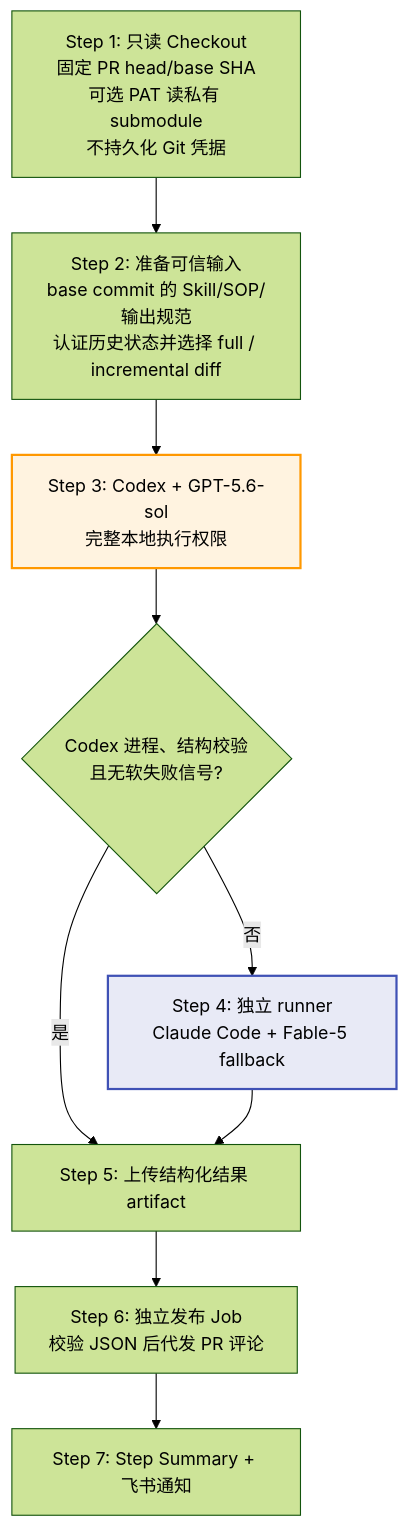
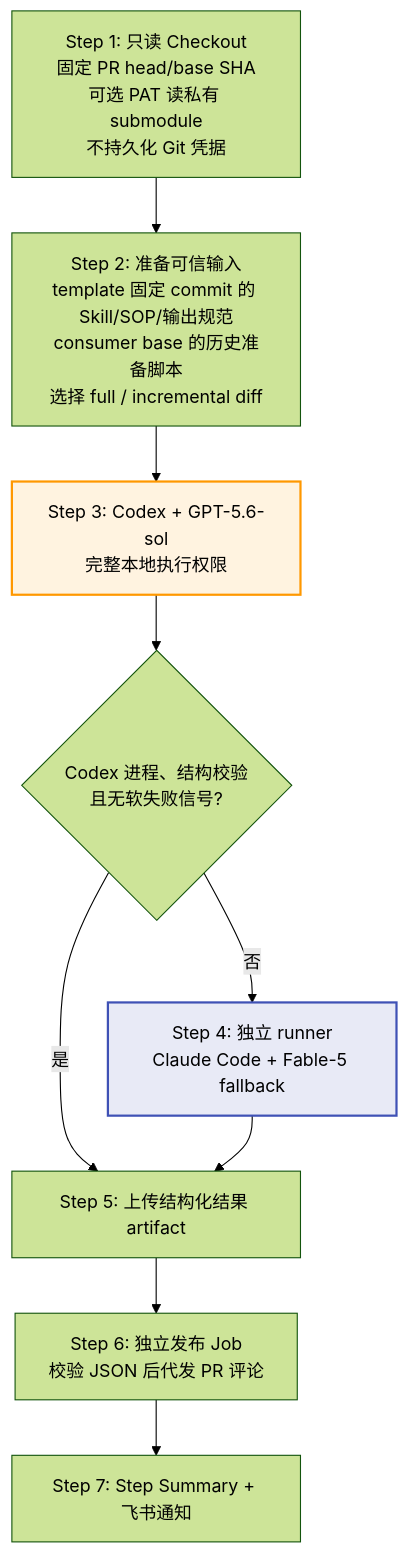
One commit to Lightspeed-Intelligence/agentic-workflow-template changed the fourth of 13 diagrams in docs/code-review-design.md. Above: the diagram before and after it, drawn with Mermaid (forest theme). The commit also changed other lines of this file and 5 other files, not shown here.

````diff
--- a/docs/code-review-design.md
+++ b/docs/code-review-design.md
@@ -124,19 +124,19 @@
 ```mermaid
 flowchart TD
     A["Step 1: 只读 Checkout<br/>固定 PR head/base SHA<br/>可选 PAT 读私有 submodule<br/>不持久化 Git 凭据"]
-    B["Step 2: 准备可信输入<br/>base commit 的 Skill/SOP/输出规范<br/>认证历史状态并选择 full / incremental diff"]
+    B["Step 2: 准备可信输入<br/>template 固定 commit 的 Skill/SOP/输出规范<br/>consumer base 的历史准备脚本<br/>选择 full / incremental diff"]
     C["Step 3: Codex + GPT-5.6-sol<br/>完整本地执行权限"]
     D{"Codex 进程、结构校验<br/>且无软失败信号?"}
     E["Step 4: 独立 runner<br/>Claude Code + Fable-5 fallback"]
     F["Step 5: 上传结构化结果 artifact"]
     G["Step 6: 独立发布 Job<br/>校验 JSON 后代发 PR 评论"]
     H["Step 7: Step Summary + 飞书通知"]
 
     A --> B --> C --> D
     D -->|是| F
     D -->|否| E --> F
     F --> G --> H
 
     style C fill:#fff3e0,stroke:#FF9800,stroke-width:2px
     style E fill:#e8eaf6,stroke:#3F51B5,stroke-width:2px
 ```
````
